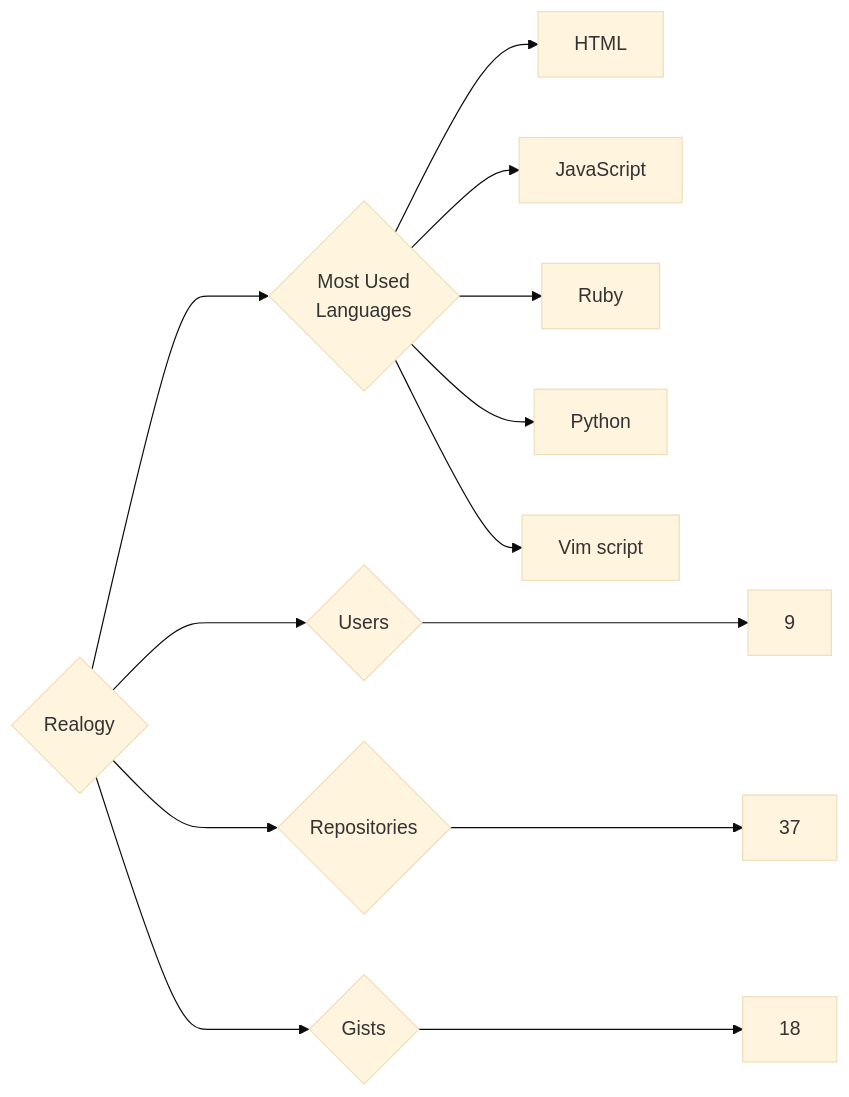
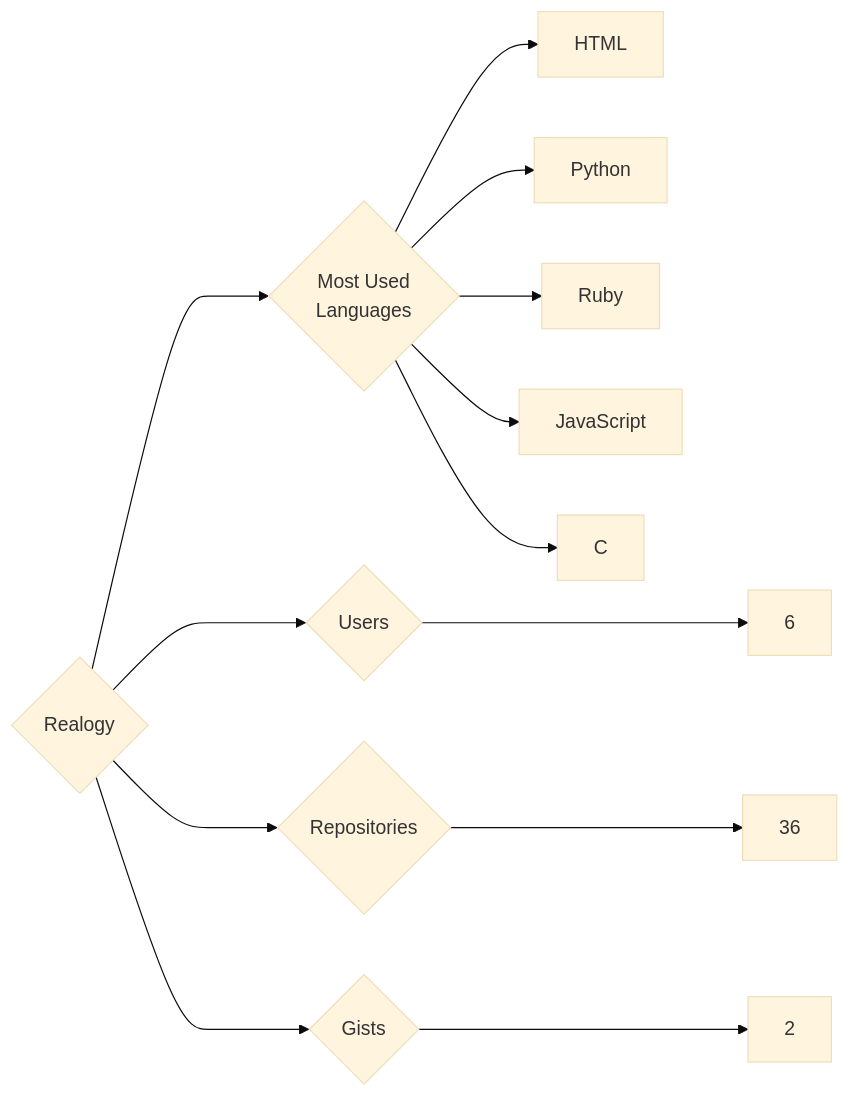
One commit to trickest/insiders changed the diagram in targets/Realogy/README.md. Above: the diagram before and after it, drawn with Mermaid (base theme). The commit also changed 973 other files, not shown here.

````diff
--- a/targets/Realogy/README.md
+++ b/targets/Realogy/README.md
@@ -3,13 +3,13 @@
 ```mermaid
 graph LR
 COMPANY_NAME{Realogy}
-COMPANY_NAME ---> U{Users} ---> UN[9]
-COMPANY_NAME ---> R{Repositories} ---> RN[37]
-COMPANY_NAME ---> G{Gists} ---> GN[18]
+COMPANY_NAME ---> U{Users} ---> UN[6]
+COMPANY_NAME ---> R{Repositories} ---> RN[36]
+COMPANY_NAME ---> G{Gists} ---> GN[2]
 COMPANY_NAME ---> ML{Most Used<br>Languages}
 ML --> HTML[HTML]
+ML --> Python[Python]
+ML --> Ruby[Ruby]
 ML --> JavaScript[JavaScript]
-ML --> Ruby[Ruby]
-ML --> Python[Python]
-ML --> Vim_script[Vim script]
+ML --> C[C]
 ```
````
